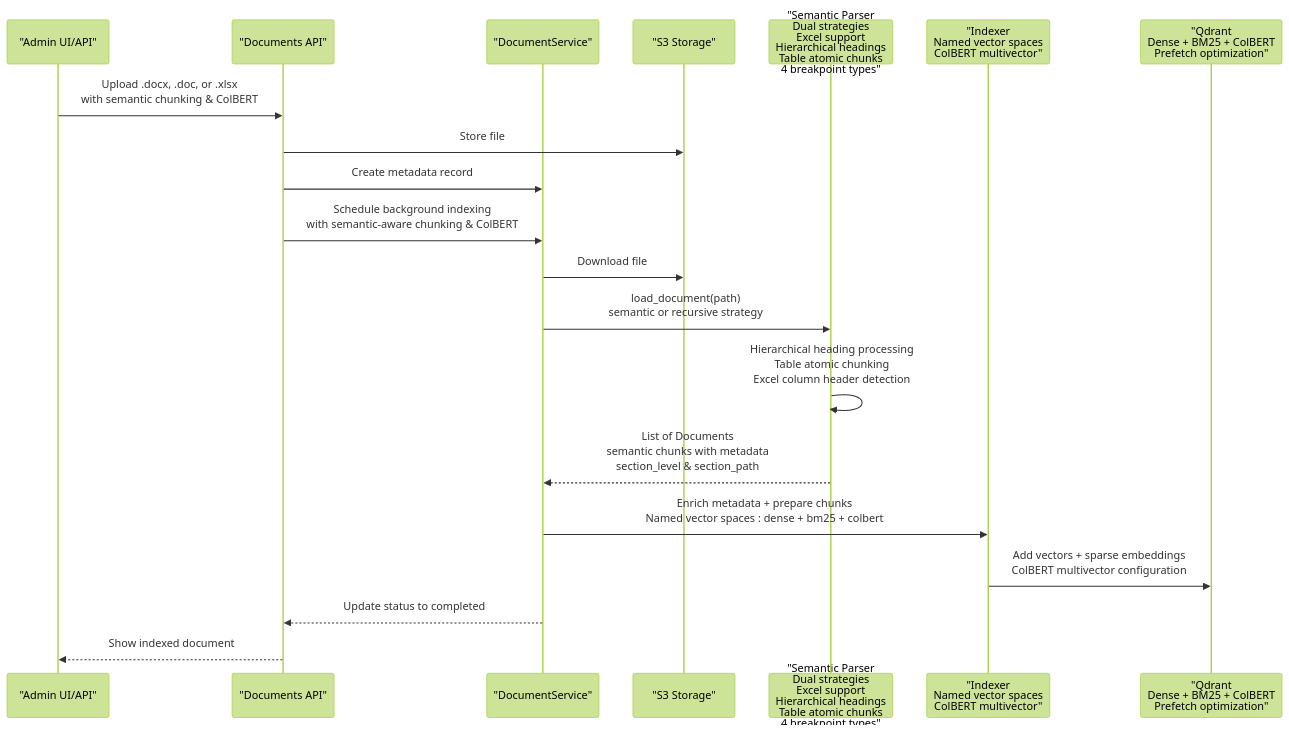
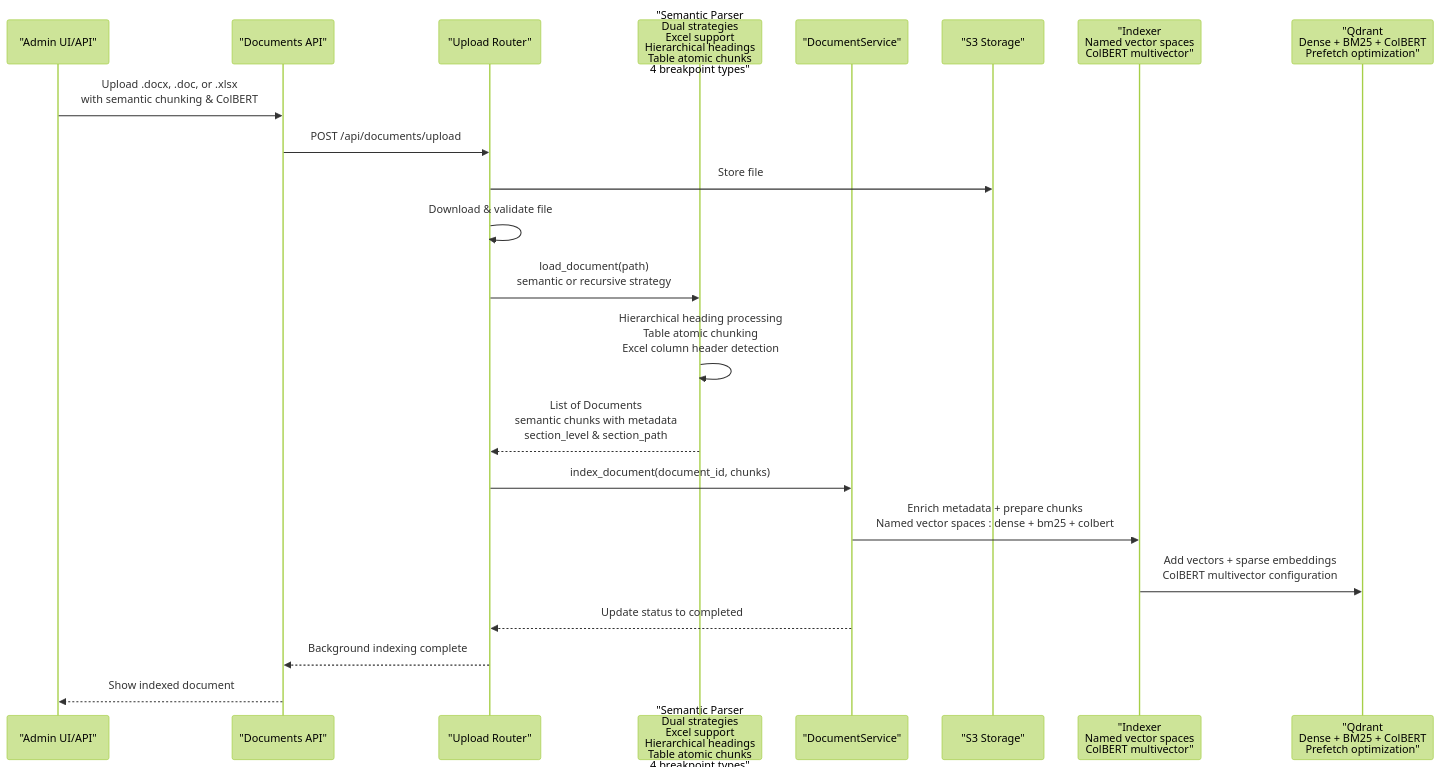
The second of 15 diagrams in .qoder/repowiki/en/content/RAG Integration/RAG Parser Enhancement.md (ognelis/cafetera_hr_bot), drawn with Mermaid (forest theme) before and after one commit. The commit also changed other lines of this file and 139 other files, not shown here.

````diff
--- a/.qoder/repowiki/en/content/RAG Integration/RAG Parser Enhancement.md
+++ b/.qoder/repowiki/en/content/RAG Integration/RAG Parser Enhancement.md
@@ -235,22 +242,24 @@
 ```mermaid
 sequenceDiagram
 participant Admin as "Admin UI/API"
 participant API as "Documents API"
+participant Upload as "Upload Router"
+participant Parser as "Semantic Parser<br/>Dual strategies<br/>Excel support<br/>Hierarchical headings<br/>Table atomic chunks<br/>4 breakpoint types"
 participant Service as "DocumentService"
 participant S3 as "S3 Storage"
-participant Parser as "Semantic Parser<br/>Dual strategies<br/>Excel support<br/>Hierarchical headings<br/>Table atomic chunks<br/>4 breakpoint types"
 participant Indexer as "Indexer<br/>Named vector spaces<br/>ColBERT multivector"
 participant Qdrant as "Qdrant<br/>Dense + BM25 + ColBERT<br/>Prefetch optimization"
 Admin->>API : Upload .docx, .doc, or .xlsx<br/>with semantic chunking & ColBERT
-API->>S3 : Store file
-API->>Service : Create metadata record
-API->>Service : Schedule background indexing<br/>with semantic-aware chunking & ColBERT
-Service->>S3 : Download file
-Service->>Parser : load_document(path)<br/>semantic or recursive strategy
+API->>Upload : POST /api/documents/upload
+Upload->>S3 : Store file
+Upload->>Upload : Download & validate file
+Upload->>Parser : load_document(path)<br/>semantic or recursive strategy
 Parser->>Parser : Hierarchical heading processing<br/>Table atomic chunking<br/>Excel column header detection
-Parser-->>Service : List of Documents<br/>semantic chunks with metadata<br/>section_level & section_path
+Parser-->>Upload : List of Documents<br/>semantic chunks with metadata<br/>section_level & section_path
+Upload->>Service : index_document(document_id, chunks)
 Service->>Indexer : Enrich metadata + prepare chunks<br/>Named vector spaces : dense + bm25 + colbert
 Indexer->>Qdrant : Add vectors + sparse embeddings<br/>ColBERT multivector configuration
-Service-->>API : Update status to completed
+Service-->>Upload : Update status to completed
+Upload-->>API : Background indexing complete
 API-->>Admin : Show indexed document
 ```
````
